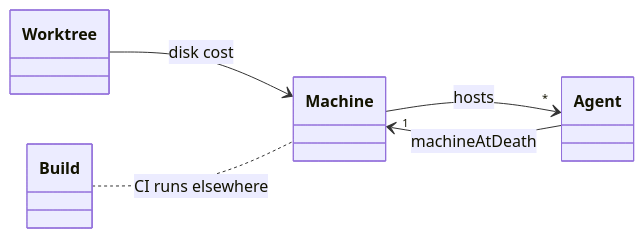
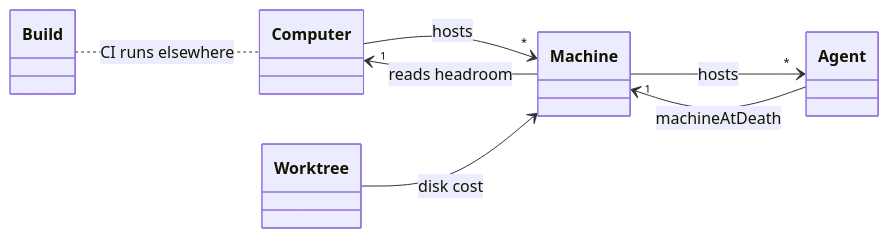
One commit to plot-pm/plot changed the diagram in docs/stories/the-master-agent-holds-the-fleet/diagrams/machine-relations.mmd. Above: the diagram before and after it, drawn with Mermaid. The commit also changed 2 other files, not shown here.

First paragraph of the commit message:
A machine has an identity
`DESIGN-machine.md` said a Machine has no identity, because there is exactly
one — and named the condition that would refute it: "if there were two, headroom
would be a property of a pair and the whole entity would need a key."

```diff
--- a/docs/stories/the-master-agent-holds-the-fleet/diagrams/machine-relations.mmd
+++ b/docs/stories/the-master-agent-holds-the-fleet/diagrams/machine-relations.mmd
@@ -1,12 +1,15 @@
 classDiagram
   direction LR
 
+  class Computer
   class Machine
   class Agent
   class Worktree
   class Build
 
+  Computer "1" --> "*" Machine : hosts
+  Machine --> Computer : reads headroom
   Machine "1" --> "*" Agent : hosts
   Agent --> Machine : machineAtDeath
   Worktree --> Machine : disk cost
-  Build .. Machine : CI runs elsewhere
+  Build .. Computer : CI runs elsewhere
```
